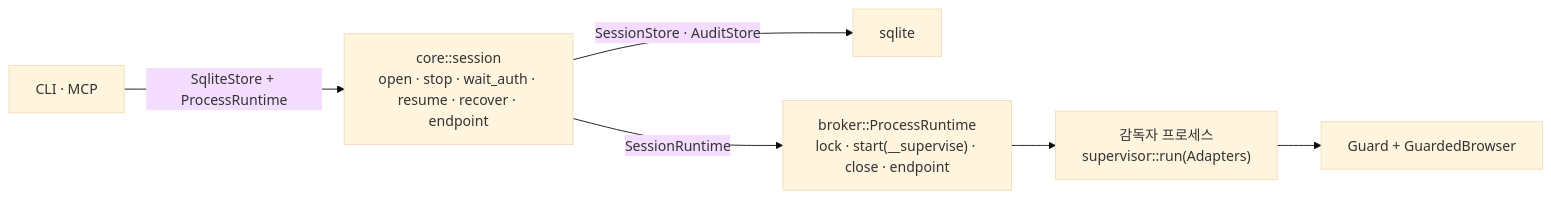
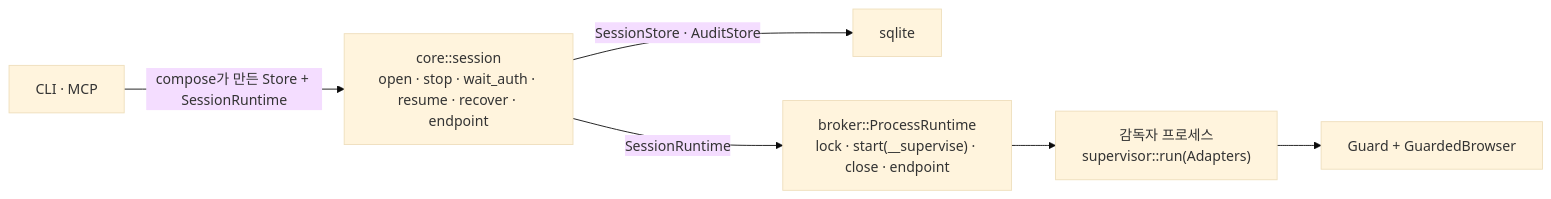
The fifth of 17 diagrams in docs/design/02-system-architecture.md (LeeSwallow/KeyHarbor), drawn with Mermaid (base theme) before and after one commit. The commit also changed other lines of this file and 43 other files, not shown here.

````diff
--- a/docs/design/02-system-architecture.md
+++ b/docs/design/02-system-architecture.md
@@ -153,8 +168,8 @@
 ```mermaid
 flowchart LR
-  cli["CLI · MCP"] -->|"SqliteStore + ProcessRuntime"| uc["core::session<br/>open · stop · wait_auth · resume · recover · endpoint"]
+  cli["CLI · MCP"] -->|"compose가 만든 Store + SessionRuntime"| uc["core::session<br/>open · stop · wait_auth · resume · recover · endpoint"]
   uc -->|"SessionStore · AuditStore"| st["sqlite"]
   uc -->|"SessionRuntime"| rt["broker::ProcessRuntime<br/>lock · start(__supervise) · close · endpoint"]
   rt --> sup["감독자 프로세스<br/>supervisor::run(Adapters)"]
   sup --> guardbox["Guard + GuardedBrowser"]
 ```
````
